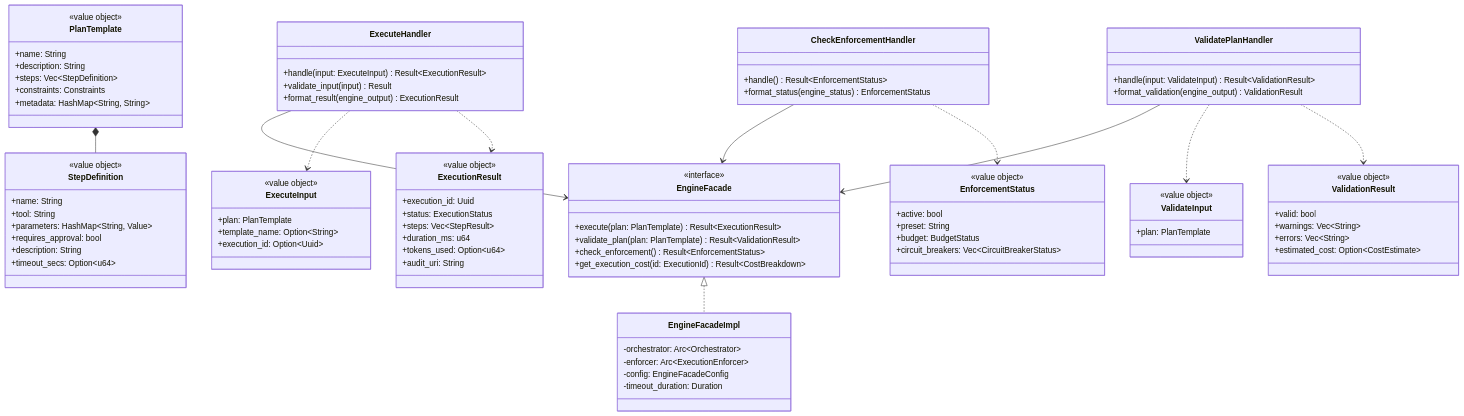
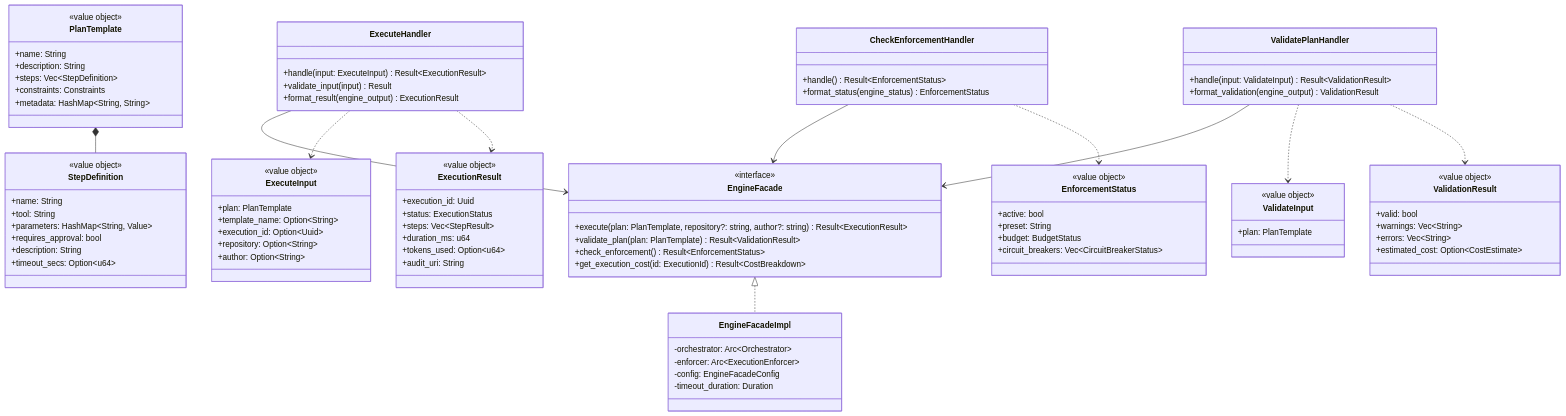
One commit to arman-jalili/rigorix-oss changed the second of 4 diagrams in mcp/.pi/architecture/modules/execution-tools.md. Above: the diagram before and after it, drawn with Mermaid. The commit also changed other lines of this file and 27 other files, not shown here.

First line of the commit message:
feat(mcp): complete MCP implementation — execution tools, enterprise proxy, audit, template tools

```diff
--- a/mcp/.pi/architecture/modules/execution-tools.md
+++ b/mcp/.pi/architecture/modules/execution-tools.md
@@ -87,7 +87,7 @@
 classDiagram
     class EngineFacade {
         <<interface>>
-        +execute(plan: PlanTemplate) Result~ExecutionResult~
+        +execute(plan: PlanTemplate, repository?: string, author?: string) Result~ExecutionResult~
         +validate_plan(plan: PlanTemplate) Result~ValidationResult~
         +check_enforcement() Result~EnforcementStatus~
         +get_execution_cost(id: ExecutionId) Result~CostBreakdown~
@@ -166,6 +166,8 @@
         +plan: PlanTemplate
         +template_name: Option~String~
         +execution_id: Option~Uuid~
+        +repository: Option~String~
+        +author: Option~String~
     }
 
     class ValidateInput {
```
